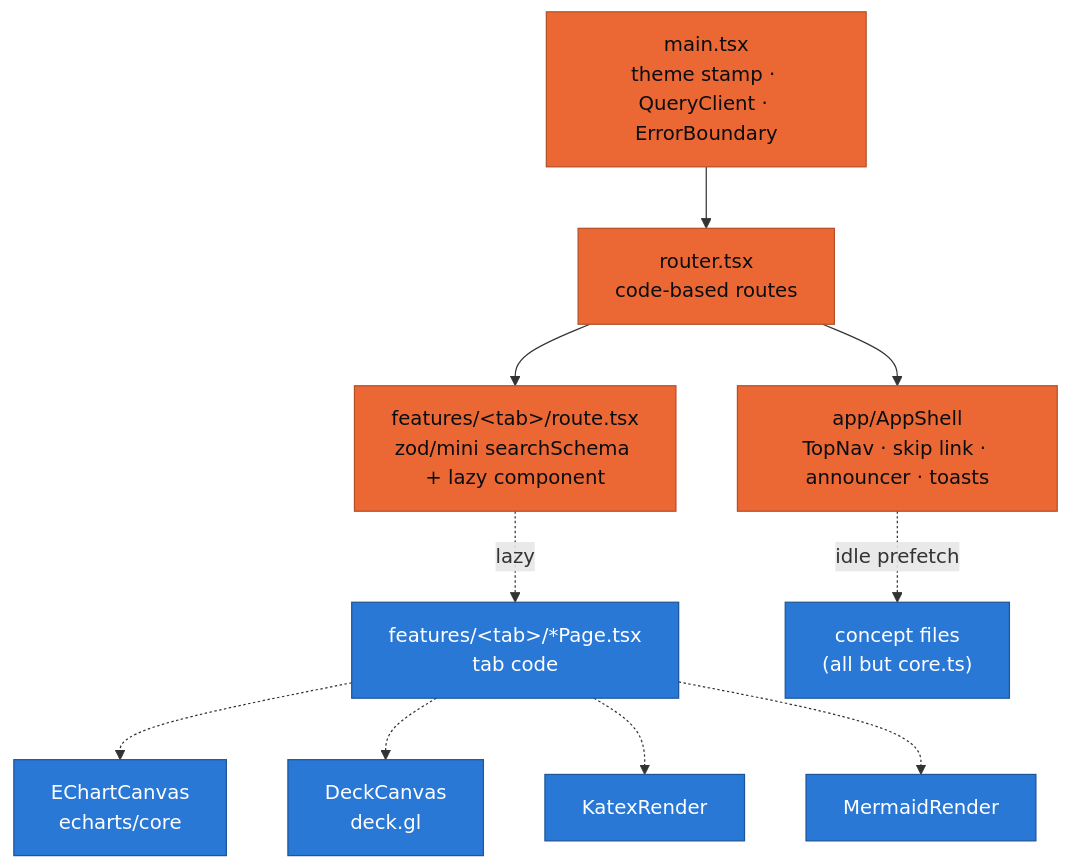
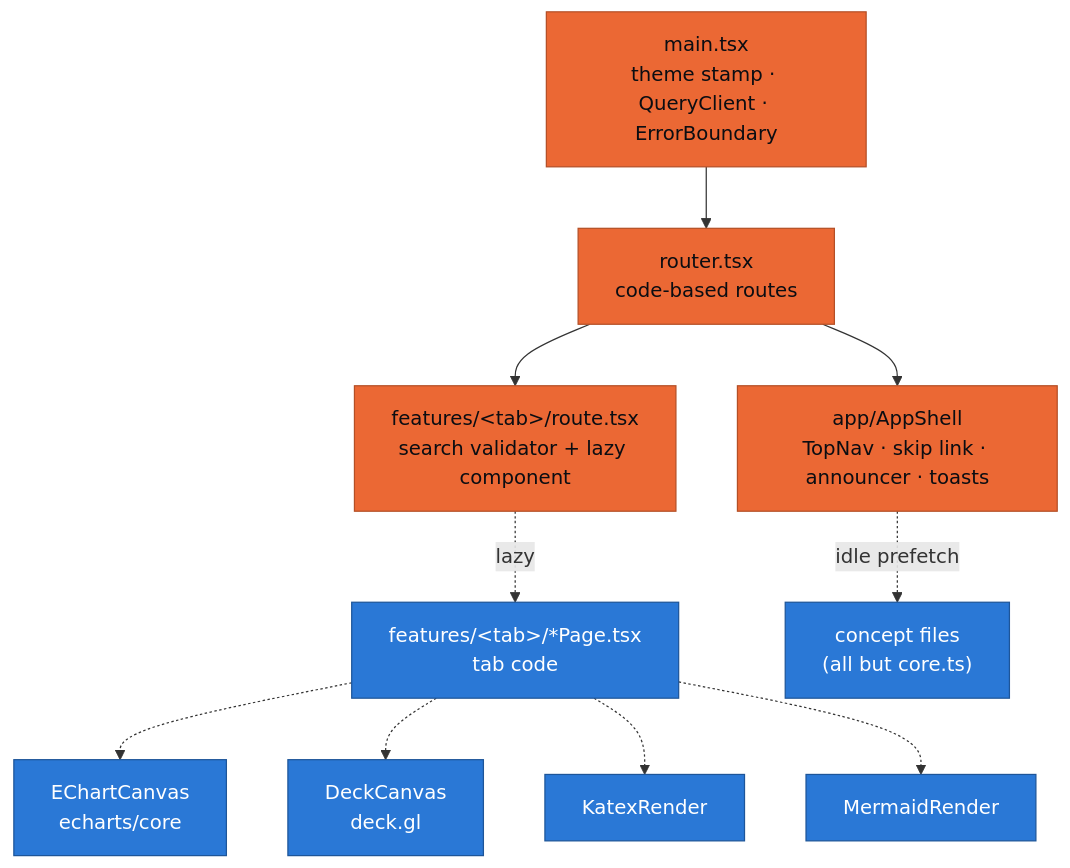
The second of 3 diagrams in gui/docs/ARCHITECTURE.md (albertols/synthetic-llm-dataflow-bigquery), drawn with Mermaid before and after one commit. The commit also changed other lines of this file and 10 other files, not shown here.

First line of the commit message:
fix(gui): budget bundles by import closure; the shell sheds zod and an inlined font

````diff
--- a/gui/docs/ARCHITECTURE.md
+++ b/gui/docs/ARCHITECTURE.md
@@ -48,21 +48,21 @@
 ```mermaid
 flowchart TB
   classDef shell fill:#eb6834,color:#0b0d12,stroke:#b44f26
   classDef lazy  fill:#2a78d6,color:#fff,stroke:#1d5599
 
   MAIN["main.tsx<br/>theme stamp · QueryClient · ErrorBoundary"]:::shell
   ROUTER["router.tsx<br/>code-based routes"]:::shell
   SHELL["app/AppShell<br/>TopNav · skip link · announcer · toasts"]:::shell
-  ROUTES["features/&lt;tab&gt;/route.tsx<br/>zod/mini searchSchema + lazy component"]:::shell
+  ROUTES["features/&lt;tab&gt;/route.tsx<br/>search validator + lazy component"]:::shell
   PAGES["features/&lt;tab&gt;/*Page.tsx<br/>tab code"]:::lazy
   ECH["EChartCanvas<br/>echarts/core"]:::lazy
   DECK["DeckCanvas<br/>deck.gl"]:::lazy
   KTX["KatexRender"]:::lazy
   MER["MermaidRender"]:::lazy
   CONC["concept files<br/>(all but core.ts)"]:::lazy
 
   MAIN --> ROUTER --> SHELL
   ROUTER --> ROUTES -.->|"lazy"| PAGES
   PAGES -.-> ECH & DECK & KTX & MER
   SHELL -.->|"idle prefetch"| CONC
 ```
````
